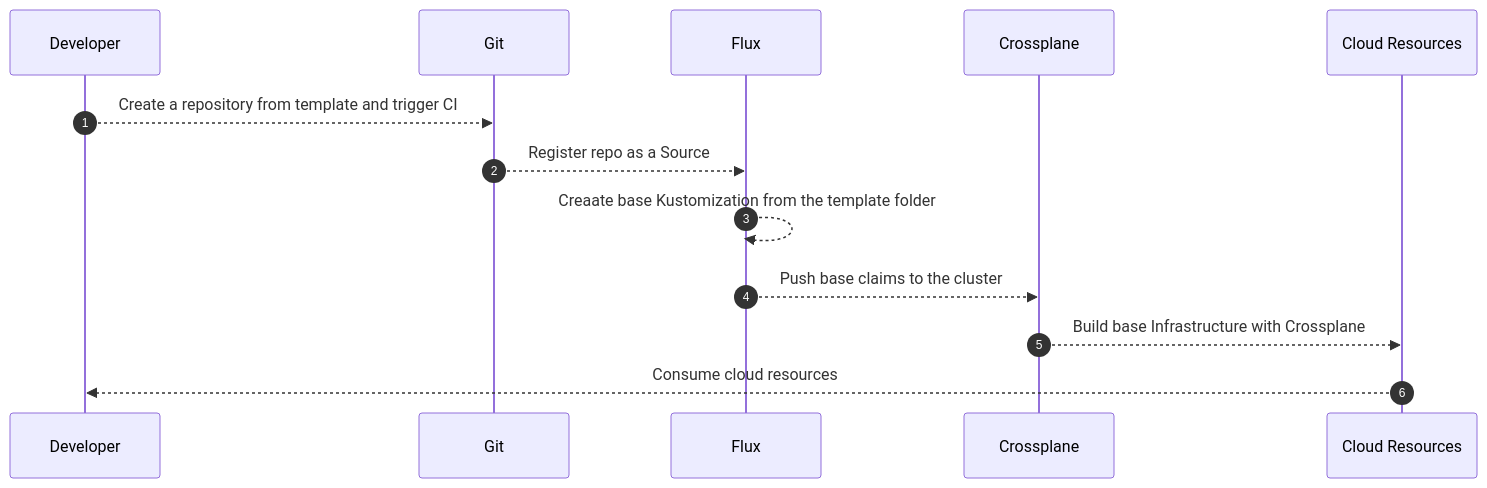
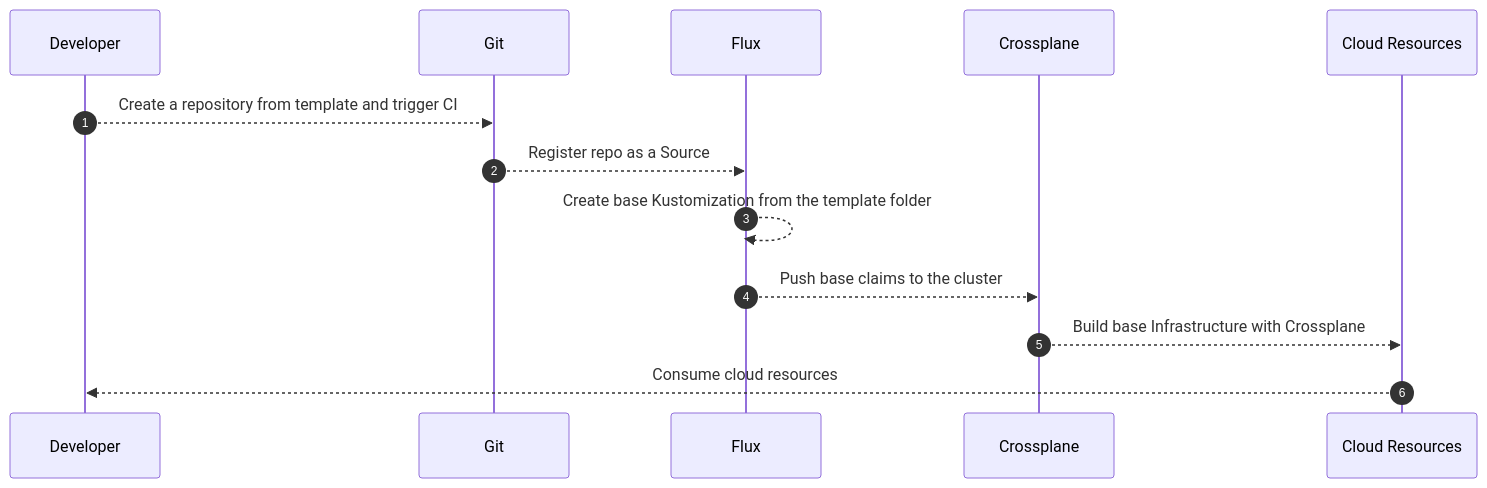
Before and after one commit to nietakipawel/crossplane-claim: the second of 3 diagrams in README.md, drawn with Mermaid. The commit also changed other lines of this file, not shown here.

````diff
--- a/README.md
+++ b/README.md
@@ -70,10 +74,10 @@
 ```mermaid
 sequenceDiagram
 autonumber
     Developer-->>Git: Create a repository from template and trigger CI
     Git-->>Flux: Register repo as a Source
-    Flux-->>Flux: Creaate base Kustomization from the template folder
+    Flux-->>Flux: Create base Kustomization from the template folder
     Flux-->>Crossplane: Push base claims to the cluster
     Crossplane-->>Cloud Resources: Build base Infrastructure with Crossplane
     Cloud Resources-->>Developer: Consume cloud resources
 ```
````
